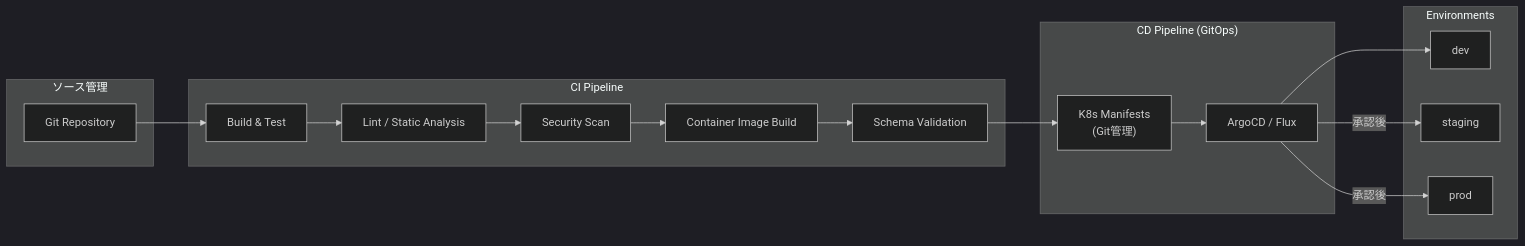
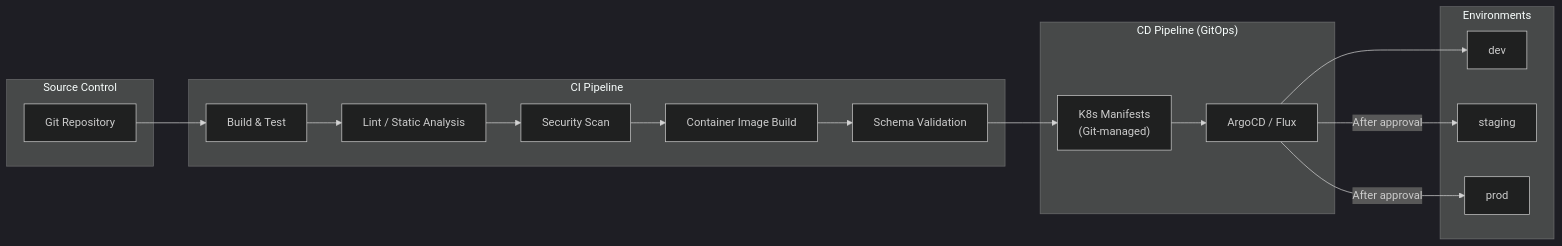
One commit to wfukatsu/nexus-architect changed the fourth of 4 diagrams in workflow/greenfield/07_infrastructure_design.md. Above: the diagram before and after it, drawn with Mermaid (dark theme). The commit also changed other lines of this file and 1 other file, not shown here.

````diff
--- a/workflow/greenfield/07_infrastructure_design.md
+++ b/workflow/greenfield/07_infrastructure_design.md
@@ -489,32 +489,32 @@
 ```mermaid
 flowchart LR
-    subgraph Source["ソース管理"]
+    subgraph Source["Source Control"]
         GIT["Git Repository"]
     end
 
     subgraph CI["CI Pipeline"]
         BUILD["Build & Test"]
         LINT["Lint / Static Analysis"]
         SCAN["Security Scan"]
         IMG["Container Image Build"]
         SCHEMA["Schema Validation"]
     end
 
     subgraph CD["CD Pipeline (GitOps)"]
         ARGOCD["ArgoCD / Flux"]
-        MANIFESTS["K8s Manifests<br/>(Git管理)"]
+        MANIFESTS["K8s Manifests<br/>(Git-managed)"]
     end
 
     subgraph Envs["Environments"]
         DEV["dev"]
         STG["staging"]
         PROD["prod"]
     end
 
     GIT --> BUILD --> LINT --> SCAN --> IMG --> SCHEMA
     SCHEMA --> MANIFESTS
     MANIFESTS --> ARGOCD
     ARGOCD --> DEV
-    ARGOCD -->|"承認後"| STG
-    ARGOCD -->|"承認後"| PROD
+    ARGOCD -->|"After approval"| STG
+    ARGOCD -->|"After approval"| PROD
 ```
````
